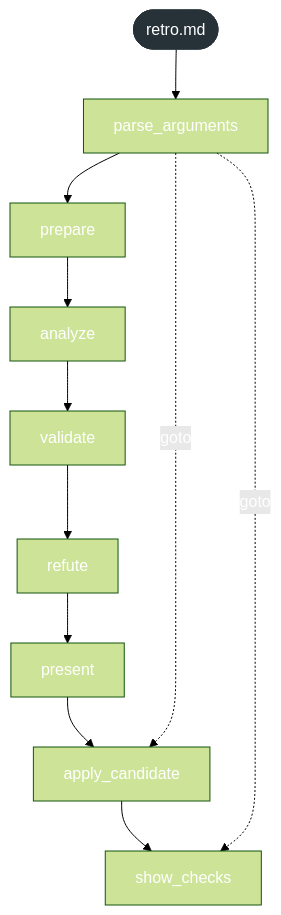
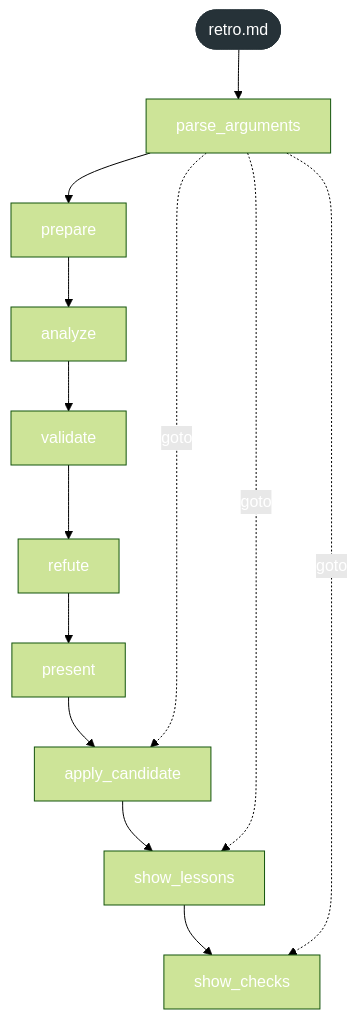
The first of 2 diagrams in docs/reference/workflow-maps/retro.md (Govorin/gsd-core), drawn with Mermaid (forest theme) before and after one commit. The commit also changed other lines of this file and 9 other files, not shown here.

````diff
--- a/docs/reference/workflow-maps/retro.md
+++ b/docs/reference/workflow-maps/retro.md
@@ -15,32 +15,35 @@
 ```mermaid
 flowchart TB
   wf_root(["retro.md"]):::root
   u_step_parse_arguments["parse_arguments"]
   u_step_prepare["prepare"]
   u_step_analyze["analyze"]
   u_step_validate["validate"]
   u_step_refute["refute"]
   u_step_present["present"]
   u_step_apply_candidate["apply_candidate"]
+  u_step_show_lessons["show_lessons"]
   u_step_show_checks["show_checks"]
   wf_root --> u_step_parse_arguments
   u_step_parse_arguments --> u_step_prepare
   u_step_prepare --> u_step_analyze
   u_step_analyze --> u_step_validate
   u_step_validate --> u_step_refute
   u_step_refute --> u_step_present
   u_step_present --> u_step_apply_candidate
-  u_step_apply_candidate --> u_step_show_checks
+  u_step_apply_candidate --> u_step_show_lessons
+  u_step_show_lessons --> u_step_show_checks
   u_step_parse_arguments -.->|"goto"| u_step_apply_candidate
   u_step_parse_arguments -.->|"goto"| u_step_show_checks
+  u_step_parse_arguments -.->|"goto"| u_step_show_lessons
   classDef missing fill:#fdecea,stroke:#d33,stroke-dasharray:4 3
   classDef unparsed fill:#f5f5f5,stroke:#999999,stroke-dasharray:4 3,color:#555
   classDef conditional fill:#fff8e1,stroke:#b28704
   classDef root fill:#263238,color:#ffffff,stroke:#263238
   classDef agent fill:#e8f0fe,stroke:#3367d6
   classDef builtin fill:#eeeeee,stroke:#777777
   classDef capability fill:#e6f4ea,stroke:#2e7d32
   classDef dynamic fill:#f2f2f2,stroke:#888,stroke-dasharray:2 2
   classDef point fill:#f3e8fd,stroke:#8e24aa
   classDef workflow fill:#ffffff,stroke:#555555
 ```
````
